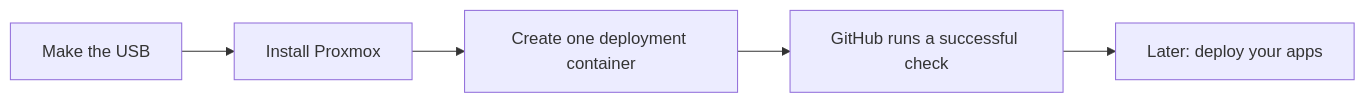
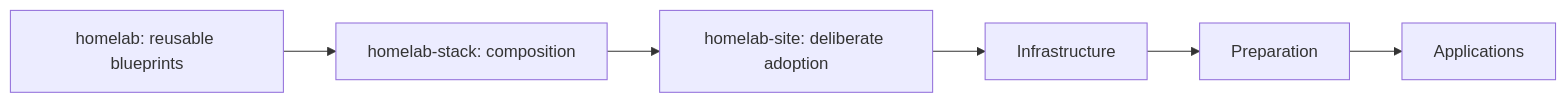
The diagram in README.md (theaussiepom/homelab), drawn with Mermaid before and after one commit. The commit also changed other lines of this file and 459 other files, not shown here.

````diff
--- a/README.md
+++ b/README.md
@@ -10,7 +15,8 @@
 ```mermaid
 flowchart LR
-    A[Make the USB] --> B[Install Proxmox]
-    B --> C[Create one deployment container]
-    C --> D[GitHub runs a successful check]
-    D --> E[Later: deploy your apps]
+  framework[homelab: reusable blueprints] --> stack[homelab-stack: composition]
+  stack --> site[homelab-site: deliberate adoption]
+  site --> infra[Infrastructure]
+  infra --> prep[Preparation]
+  prep --> apps[Applications]
 ```
````
